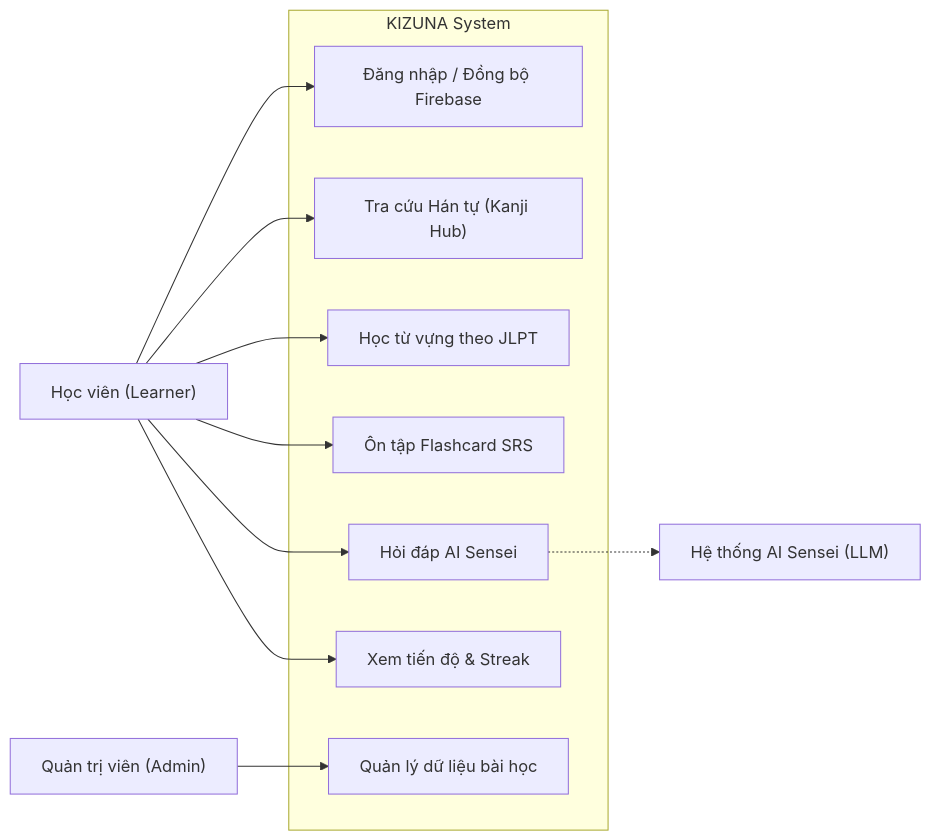
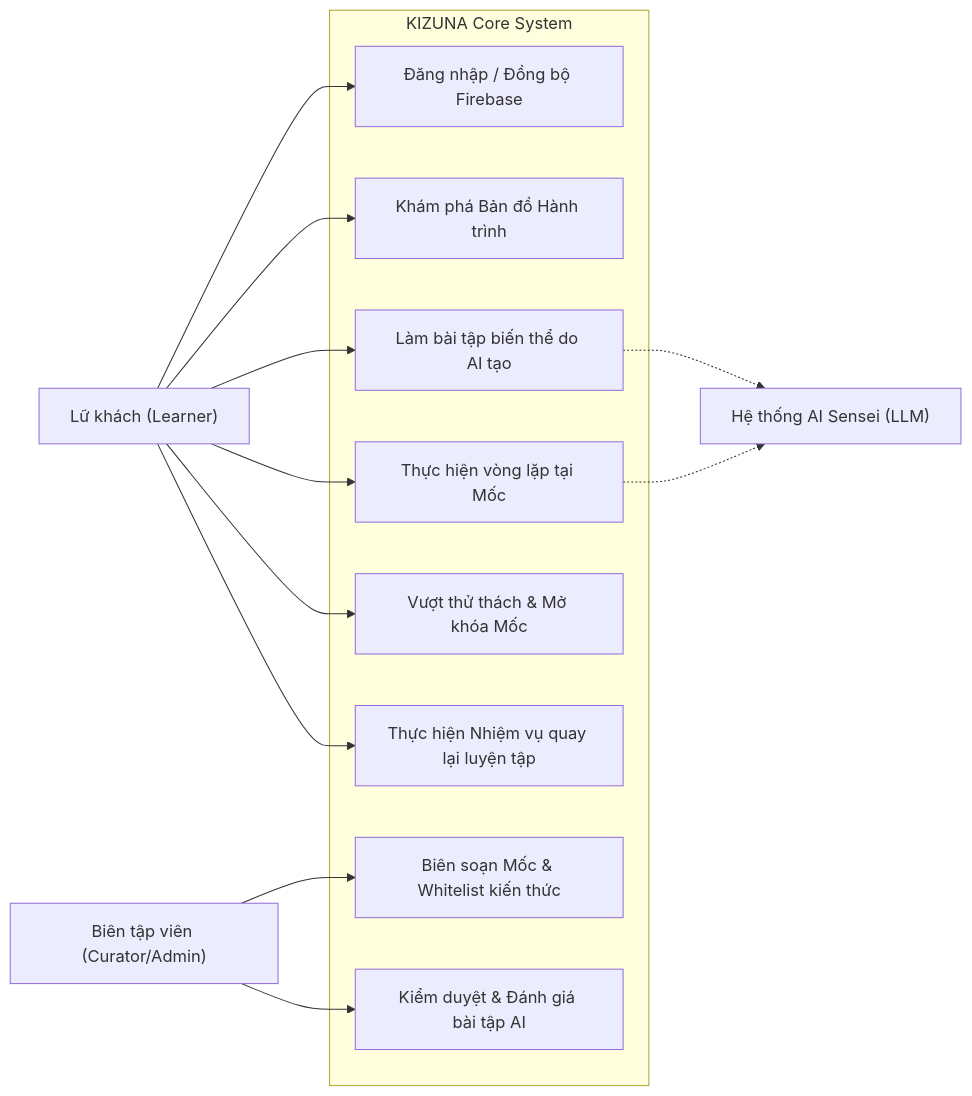
One commit to Rynnne3125/KIZUNA changed the diagram in docs/3.3_REQUIREMENTS_ANALYSIS.md. Above: the diagram before and after it, drawn with Mermaid. The commit also changed other lines of this file and 6 other files, not shown here.

Commit message:
yêu cầu lộ trình học của user

````diff
--- a/docs/3.3_REQUIREMENTS_ANALYSIS.md
+++ b/docs/3.3_REQUIREMENTS_ANALYSIS.md
@@ -13,26 +13,30 @@
 ```mermaid
 graph LR
-    Learner["Học viên (Learner)"]
-    Admin["Quản trị viên (Admin)"]
+    Learner["Lữ khách (Learner)"]
+    Admin["Biên tập viên (Curator/Admin)"]
     AISystem["Hệ thống AI Sensei (LLM)"]
 
-    subgraph KIZUNA System
+    subgraph KIZUNA Core System
         UC01["Đăng nhập / Đồng bộ Firebase"]
-        UC02["Tra cứu Hán tự (Kanji Hub)"]
-        UC03["Học từ vựng theo JLPT"]
-        UC04["Ôn tập Flashcard SRS"]
-        UC05["Hỏi đáp AI Sensei"]
-        UC06["Xem tiến độ & Streak"]
-        UC07["Quản lý dữ liệu bài học"]
+        UC02["Khám phá Bản đồ Hành trình"]
+        UC03["Thực hiện vòng lặp tại Mốc"]
+        UC04["Làm bài tập biến thể do AI tạo"]
+        UC05["Vượt thử thách & Mở khóa Mốc"]
+        UC06["Thực hiện Nhiệm vụ quay lại luyện tập"]
+        UC07["Biên soạn Mốc & Whitelist kiến thức"]
+        UC08["Kiểm duyệt & Đánh giá bài tập AI"]
     end
 
     Learner --> UC01
     Learner --> UC02
     Learner --> UC03
     Learner --> UC04
     Learner --> UC05
     Learner --> UC06
 
     Admin --> UC07
-    UC05 -.-> AISystem
+    Admin --> UC08
+
+    UC04 -.-> AISystem
+    UC03 -.-> AISystem
 ```
````
